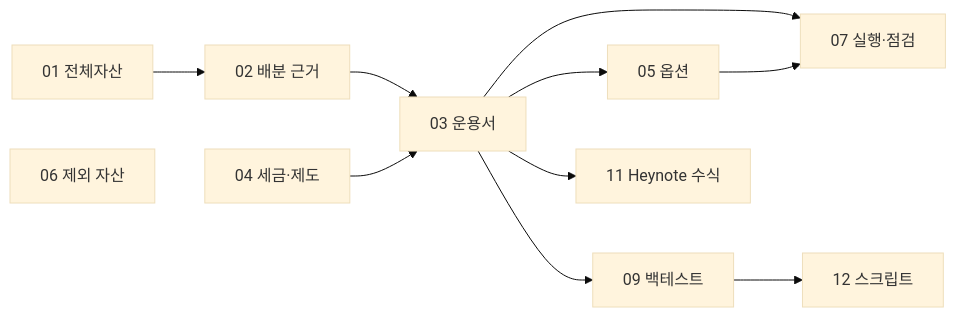
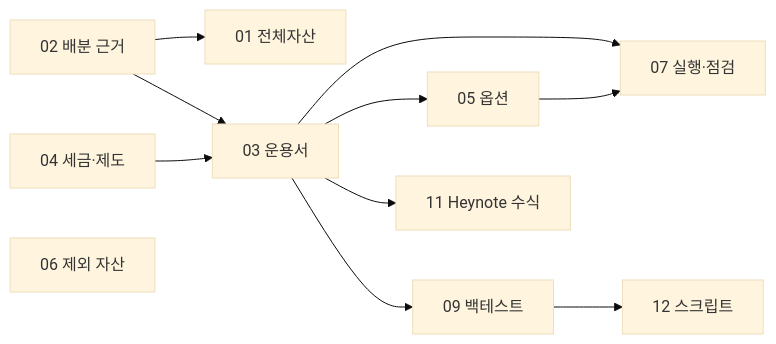
The diagram in vault/fin.portfolio.00-index.md (Luke-SNAW/Luke-SNAW.github.io), drawn with Mermaid (base theme) before and after one commit. The commit also changed other lines of this file and 6 other files, not shown here.

````diff
--- a/vault/fin.portfolio.00-index.md
+++ b/vault/fin.portfolio.00-index.md
@@ -80,13 +83,14 @@
 ```mermaid
 flowchart LR
-  N[01 전체자산] --> A[02 배분 근거]
+  A[02 배분 근거] --> N[01 전체자산]
   A --> R[03 운용서]
   T[04 세금·제도] --> R
   R --> O[05 옵션]
   R --> E[07 실행·점검]
   O --> E
   X[06 제외 자산]
   R --> B[09 백테스트]
   B --> S[12 스크립트]
   R --> HN[11 Heynote 수식]
+  %% 06은 다른 문서의 판단에 영향을 주지 않아 연결하지 않는다
 ```
````
